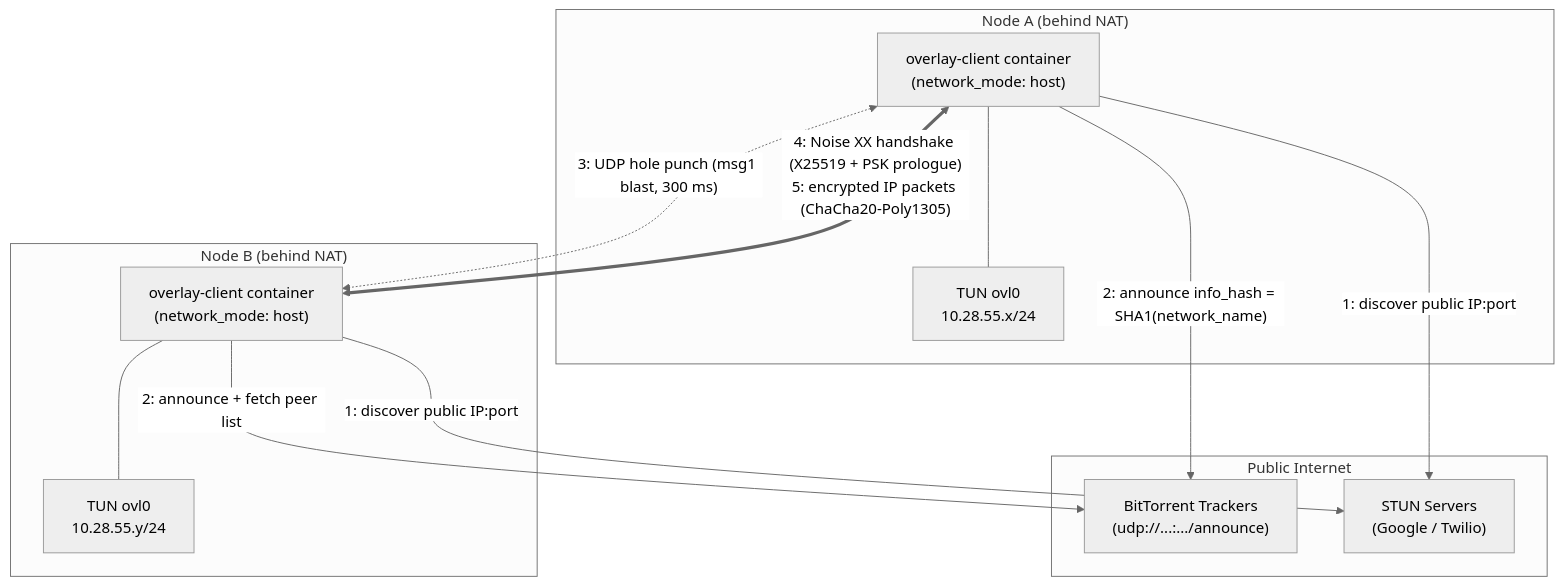
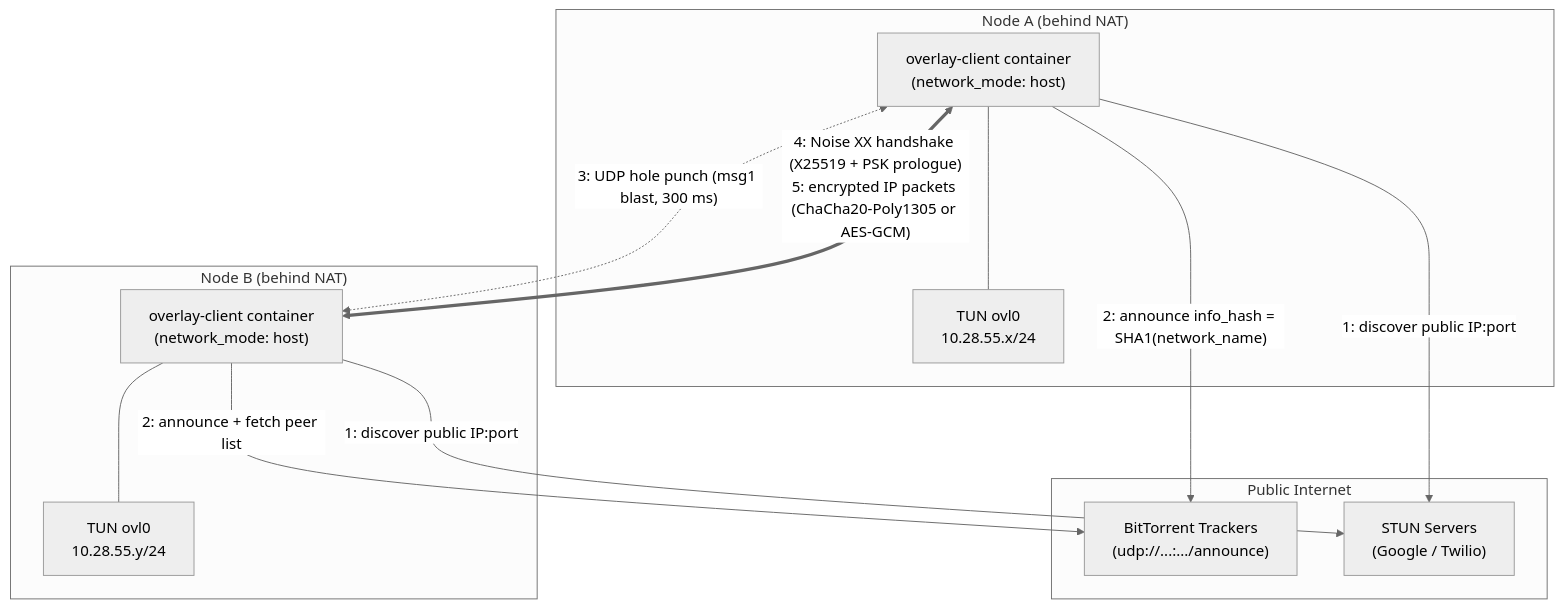
The diagram in README.md (augo23/APGO), drawn with Mermaid (neutral theme) before and after one commit. The commit also changed other lines of this file and 117 other files, not shown here.

````diff
--- a/README.md
+++ b/README.md
@@ -41,26 +43,26 @@
 ```mermaid
 flowchart TB
     subgraph Internet["Public Internet"]
         T["BitTorrent Trackers<br/>(udp://...:.../announce)"]
         S["STUN Servers<br/>(Google / Twilio)"]
     end
 
     subgraph NodeA["Node A (behind NAT)"]
         A1["overlay-client container<br/>(network_mode: host)"]
         A2["TUN ovl0<br/>10.28.55.x/24"]
         A1 --- A2
     end
 
     subgraph NodeB["Node B (behind NAT)"]
         B1["overlay-client container<br/>(network_mode: host)"]
         B2["TUN ovl0<br/>10.28.55.y/24"]
         B1 --- B2
     end
 
     A1 -- "1: discover public IP:port" --> S
     B1 -- "1: discover public IP:port" --> S
     A1 -- "2: announce info_hash = SHA1(network_name)" --> T
     B1 -- "2: announce + fetch peer list" --> T
     A1 <-. "3: UDP hole punch (msg1 blast, 300 ms)" .-> B1
-    A1 <== "4: Noise XX handshake (X25519 + PSK prologue)<br/>5: encrypted IP packets (ChaCha20-Poly1305)" ==> B1
+    A1 <== "4: Noise XX handshake (X25519 + PSK prologue)<br/>5: encrypted IP packets (ChaCha20-Poly1305 or AES-GCM)" ==> B1
 ```
````
